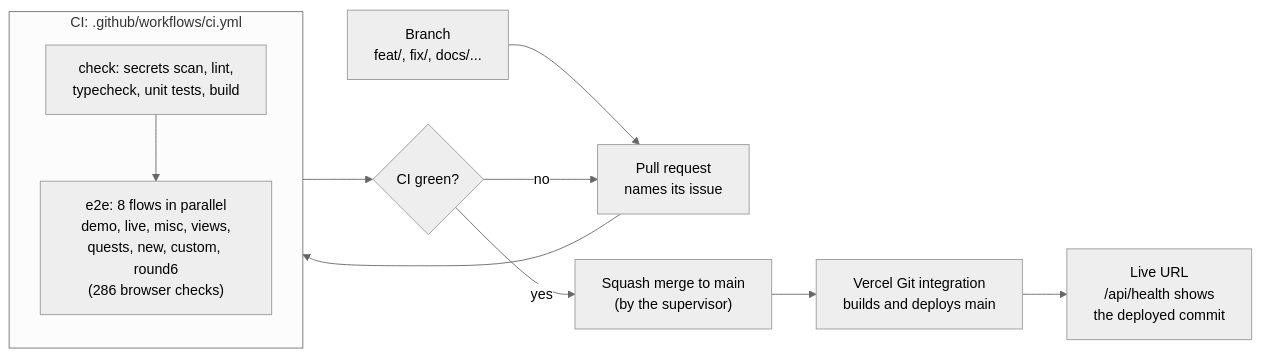
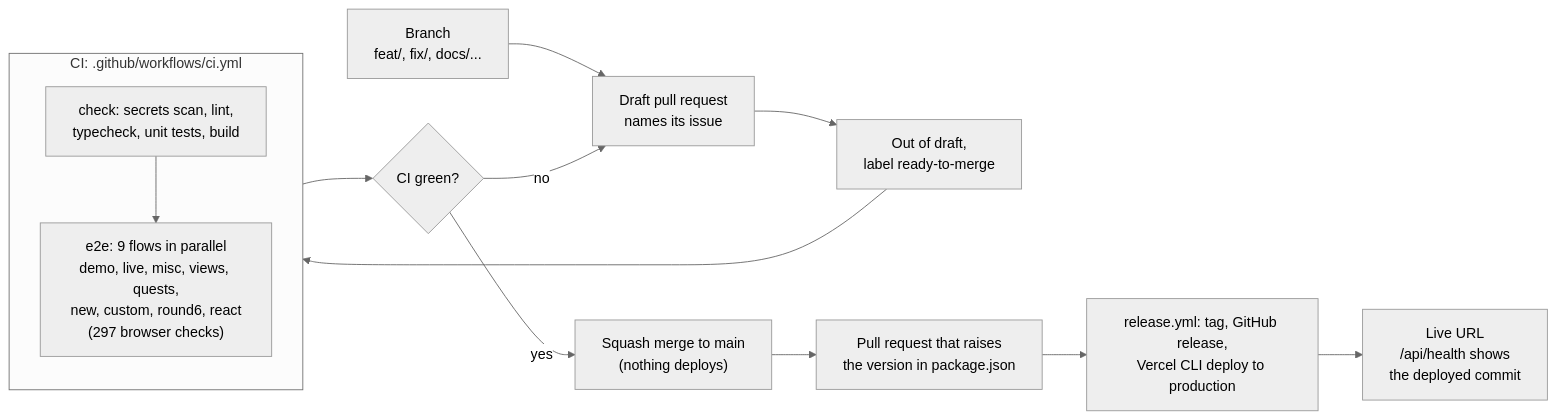
The seventh of 9 diagrams in docs/architecture/overview.md (ismaeel-ch/Turnkey), drawn with Mermaid (neutral theme) before and after one commit. The commit also changed other lines of this file and 17 other files, not shown here.

````diff
--- a/docs/architecture/overview.md
+++ b/docs/architecture/overview.md
@@ -325,14 +337,16 @@
 ```mermaid
 flowchart LR
-  br["Branch<br/>feat/, fix/, docs/..."] --> pr["Pull request<br/>names its issue"]
-  pr --> ci
+  br["Branch<br/>feat/, fix/, docs/..."] --> pr["Draft pull request<br/>names its issue"]
+  pr --> lbl["Out of draft,<br/>label ready-to-merge"]
+  lbl --> ci
   subgraph ci["CI: .github/workflows/ci.yml"]
     direction TB
-    chk["check: secrets scan, lint,<br/>typecheck, unit tests, build"] --> e2e["e2e: 8 flows in parallel<br/>demo, live, misc, views,<br/>quests, new, custom, round6<br/>(286 browser checks)"]
+    chk["check: secrets scan, lint,<br/>typecheck, unit tests, build"] --> e2e["e2e: 9 flows in parallel<br/>demo, live, misc, views, quests,<br/>new, custom, round6, react<br/>(297 browser checks)"]
   end
   ci --> gate{"CI green?"}
   gate -->|"no"| pr
-  gate -->|"yes"| merge["Squash merge to main<br/>(by the supervisor)"]
-  merge --> vercel["Vercel Git integration<br/>builds and deploys main"]
-  vercel --> live["Live URL<br/>/api/health shows<br/>the deployed commit"]
+  gate -->|"yes"| merge["Squash merge to main<br/>(nothing deploys)"]
+  merge --> bump["Pull request that raises<br/>the version in package.json"]
+  bump --> rel["release.yml: tag, GitHub release,<br/>Vercel CLI deploy to production"]
+  rel --> live["Live URL<br/>/api/health shows<br/>the deployed commit"]
 ```
````
